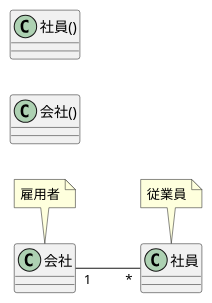
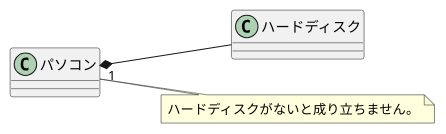
Before and after one commit to zessyou/uml-introduction: the diagram in 例題3-2.pu, drawn with PlantUML. The commit also changed 3 other files, not shown here.

```diff
--- a/例題3-2.pu
+++ b/例題3-2.pu
@@ -1,10 +1,21 @@
 @startuml
 left to right direction
-class 会社()
-class 社員()
-' 会社 --> 社員:雇う
-会社"1"--"*" 社員
-note top of 会社:雇用者
-note top of 社員:従業員
+' class 会社()
+' class 社員()
+' ' 会社 --> 社員:雇う
+' 会社"1"--"*" 社員
+' note top of 会社:雇用者
+' note top of 社員:従業員
 
+
+' left to right direction
+' 会員リストo-- 会員
+' note right of 会員リスト
+' 会員クラスがなくて成り立つ
+' end note
+left to right direction
+パソコン"1" *-- ハードディスク
+note right of パソコン
+ハードディスクがないと成り立ちません。
+end note
 @enduml
```
